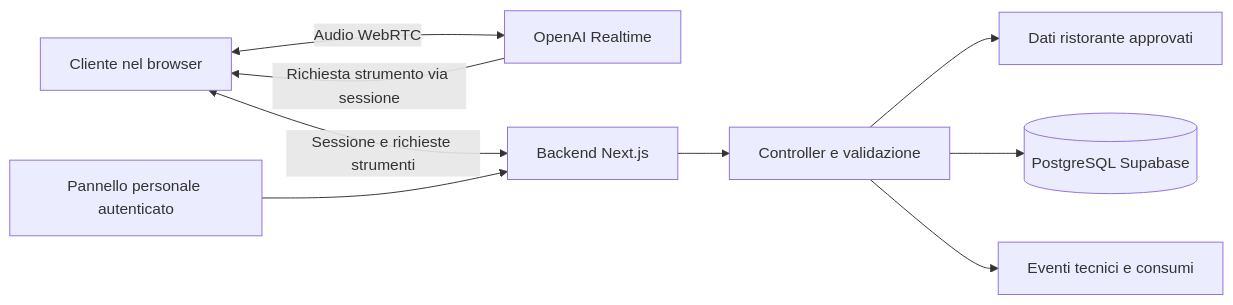
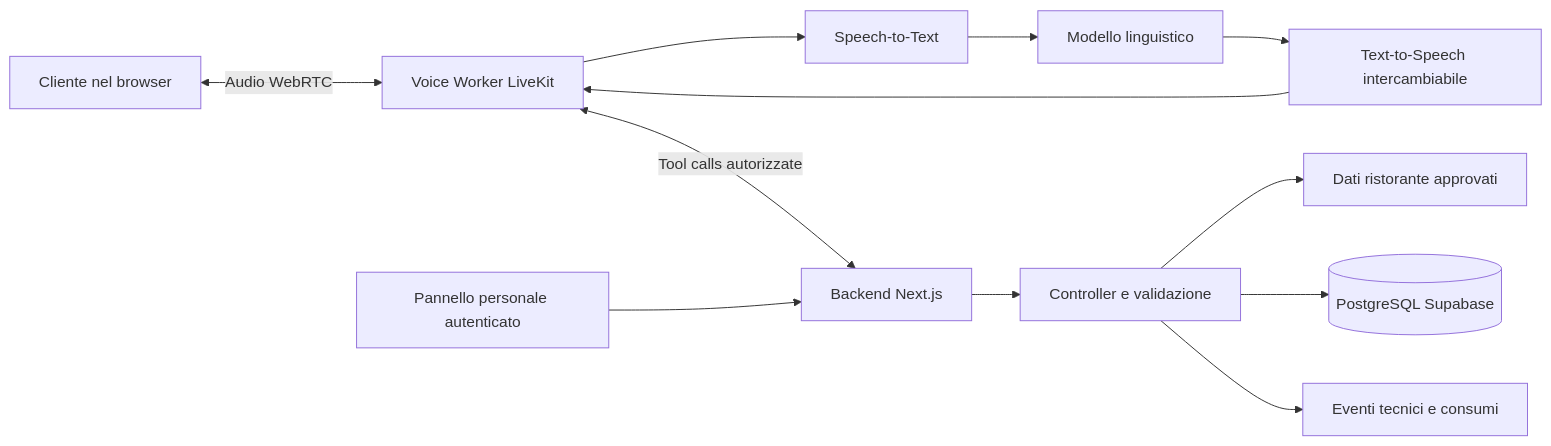
One commit to DisterMick/AgenteSegreteria changed the diagram in docs/ARCHITETTURA.md. Above: the diagram before and after it, drawn with Mermaid. The commit also changed other lines of this file and 9 other files, not shown here.

````diff
--- a/docs/ARCHITETTURA.md
+++ b/docs/ARCHITETTURA.md
@@ -7,11 +7,14 @@
 ```mermaid
 flowchart LR
-    U[Cliente nel browser] <-->|Audio WebRTC| V[OpenAI Realtime]
-    U <-->|Sessione e richieste strumenti| B[Backend Next.js]
-    V -->|Richiesta strumento via sessione| U
+    U[Cliente nel browser] <-->|Audio WebRTC| W[Voice Worker LiveKit]
+    W --> STT[Speech-to-Text]
+    STT --> LLM[Modello linguistico]
+    LLM --> TTS[Text-to-Speech intercambiabile]
+    TTS --> W
+    W <-->|Tool calls autorizzate| B[Backend Next.js]
     B --> C[Controller e validazione]
     C --> R[Dati ristorante approvati]
     C --> D[(PostgreSQL Supabase)]
     P[Pannello personale autenticato] --> B
     C --> L[Eventi tecnici e consumi]
 ```
````
